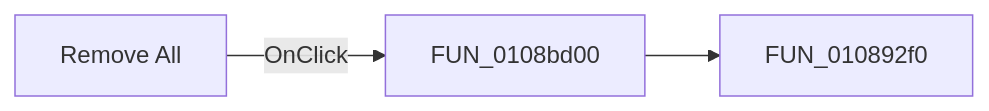
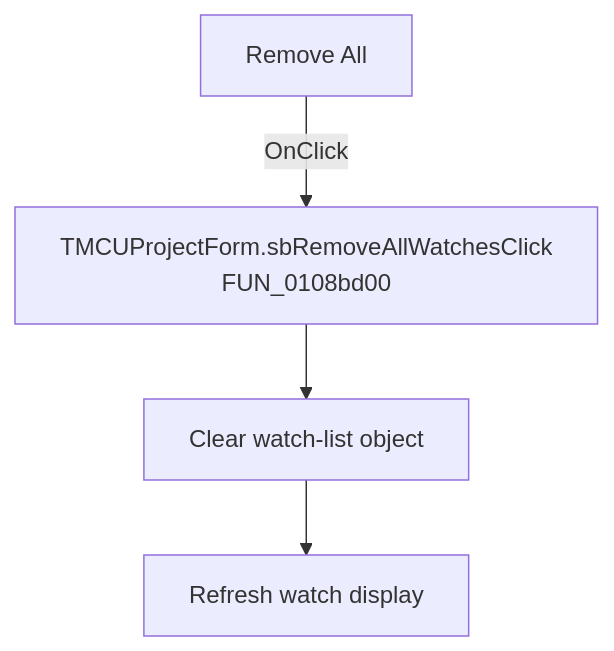
Before and after one commit to MovGP0/TIARA: the diagram in docs/ui-controls/mcuprojectform/sbremoveallwatches-5b0af41fe0.md, drawn with Mermaid. The commit also changed other lines of this file and 1062 other files, not shown here.

````diff
--- a/docs/ui-controls/mcuprojectform/sbremoveallwatches-5b0af41fe0.md
+++ b/docs/ui-controls/mcuprojectform/sbremoveallwatches-5b0af41fe0.md
@@ -27,5 +27,6 @@
 ```mermaid
-flowchart LR
-    control["Remove All"] -->|OnClick| handler["FUN_0108bd00"]
-    handler --> call1["FUN_010892f0"]
+flowchart TD
+    control["Remove All"] -->|OnClick| handler["TMCUProjectForm.sbRemoveAllWatchesClick<br/>FUN_0108bd00"]
+    handler --> clear["Clear watch-list object"]
+    clear --> refresh["Refresh watch display"]
 ```
````
